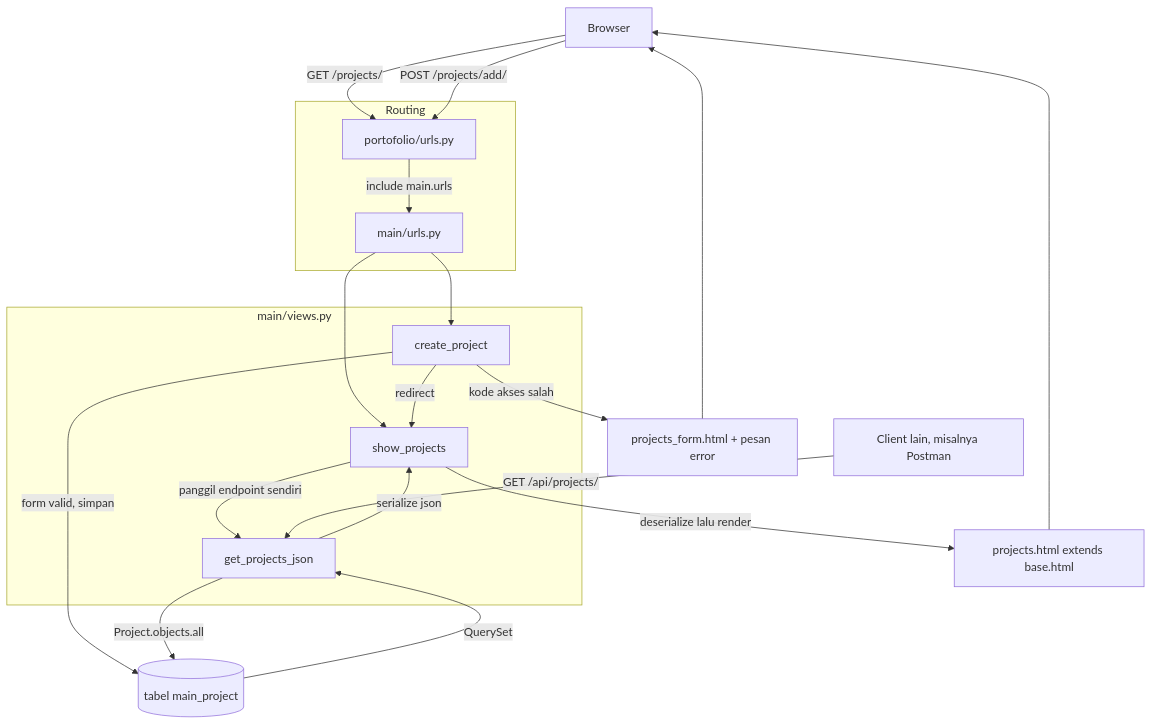
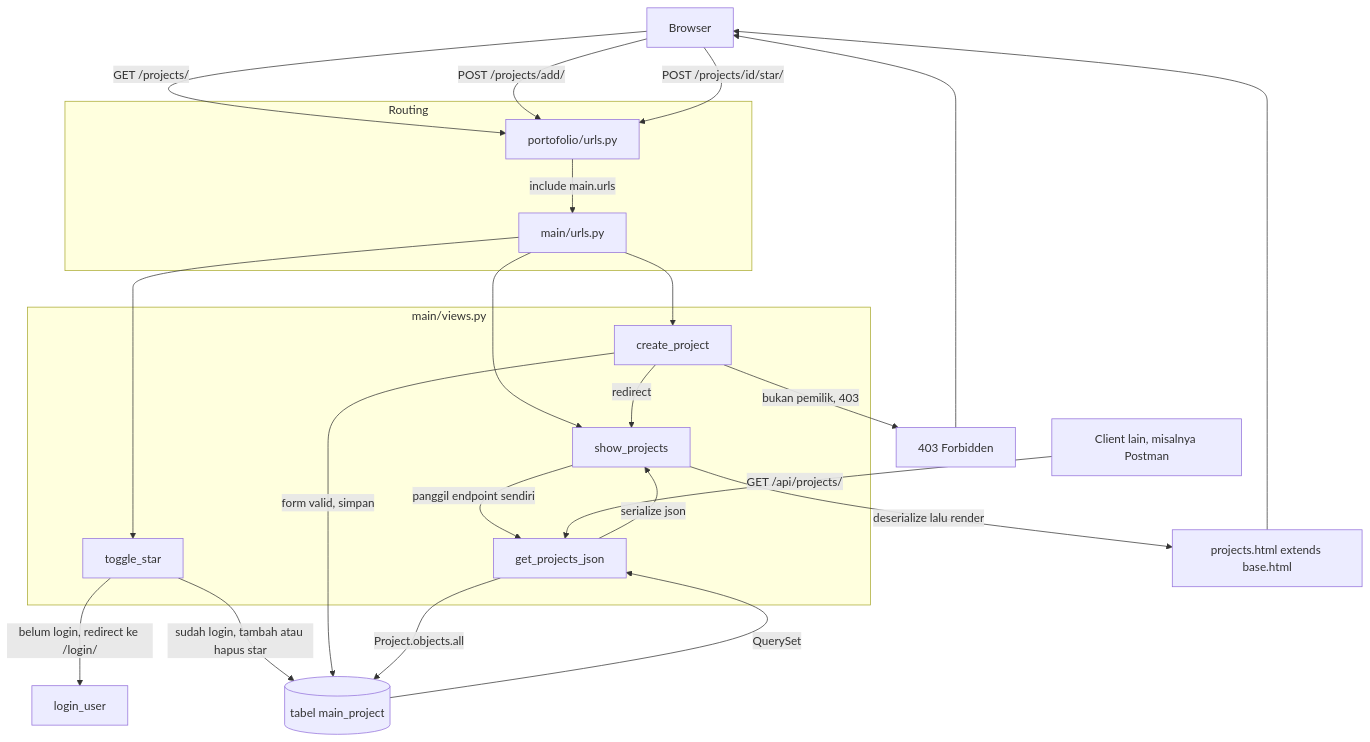
The first of 2 diagrams in README.md (zidanristek/myportofolio), drawn with Mermaid before and after one commit. The commit also changed other lines of this file, not shown here.

````diff
--- a/README.md
+++ b/README.md
@@ -98,40 +106,46 @@
 ```mermaid
 flowchart TD
     browser["Browser"]
     client["Client lain, misalnya Postman"]
 
     subgraph routing["Routing"]
         proj["portofolio/urls.py"]
         app["main/urls.py"]
     end
 
     subgraph views["main/views.py"]
         show["show_projects"]
         create["create_project"]
         api["get_projects_json"]
+        star["toggle_star"]
     end
 
     db[("tabel main_project")]
     page["projects.html extends base.html"]
-    invalid["projects_form.html + pesan error"]
+    invalid["403 Forbidden"]
 
     browser -->|"GET /projects/"| proj
     browser -->|"POST /projects/add/"| proj
+    browser -->|"POST /projects/id/star/"| proj
     proj -->|"include main.urls"| app
     app --> show
     app --> create
+    app --> star
 
-    create -->|"kode akses salah"| invalid
+    star -->|"belum login, redirect ke /login/"| login["login_user"]
+    star -->|"sudah login, tambah atau hapus star"| db
+
+    create -->|"bukan pemilik, 403"| invalid
     create -->|"form valid, simpan"| db
     create -->|"redirect"| show
 
     show -->|"panggil endpoint sendiri"| api
     api -->|"Project.objects.all"| db
     db -->|"QuerySet"| api
     api -->|"serialize json"| show
     show -->|"deserialize lalu render"| page
 
     client -->|"GET /api/projects/"| api
     page --> browser
     invalid --> browser
 ```
````
